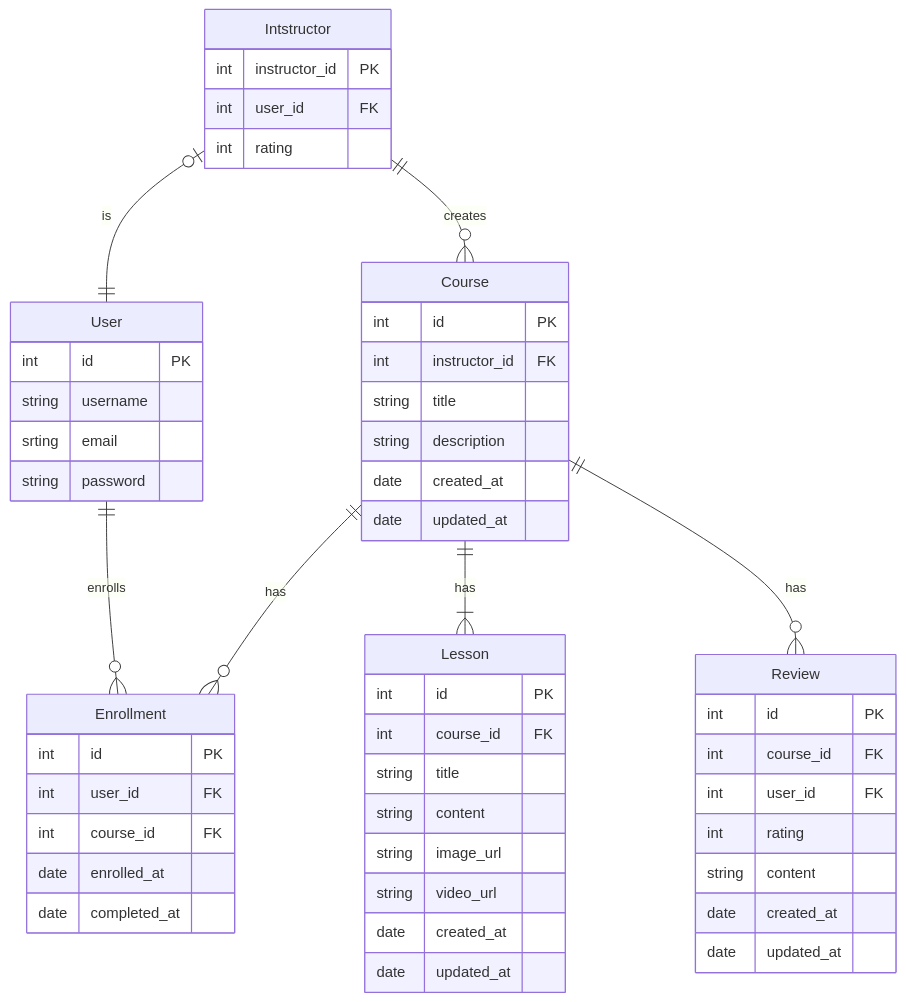
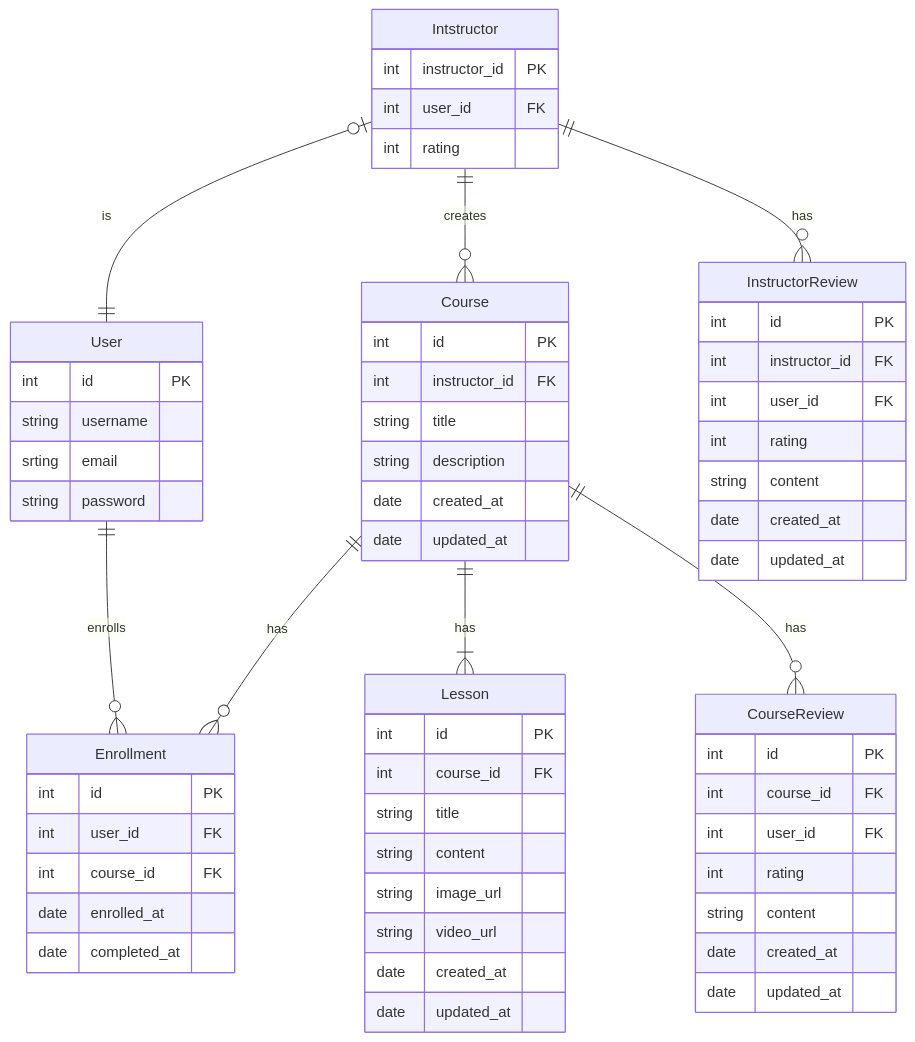
One commit to troy-tran-goldenowl/online-learning changed the diagram in README.md. Above: the diagram before and after it, drawn with Mermaid. The commit also changed other lines of this file, not shown here.

Commit message:
docs: update readme file

````diff
--- a/README.md
+++ b/README.md
@@ -27,54 +27,72 @@
 ```mermaid
   erDiagram
     User ||--o{ Enrollment: enrolls
     User {
         int id PK
         string username
         srting email
         string password
     }
+
+
     Intstructor ||--o{ Course: creates
     Intstructor |o--|| User: is
+    Intstructor ||--o{ InstructorReview : has
     Intstructor {
         int instructor_id PK
         int user_id FK
         int rating
     }
+
     Course ||--o{ Enrollment: has
     Course ||--|{ Lesson : has
-    Course ||--o{ Review : has
+    Course ||--o{ CourseReview : has
     Course {
         int id PK
         int instructor_id FK
         string title
         string description
         date created_at
         date updated_at
     }
+
+
     Enrollment {
         int id PK
         int user_id FK
         int course_id FK
         date enrolled_at
         date completed_at
     }
+
     Lesson {
         int id PK
         int course_id FK
         string title
         string content
         string image_url
         string video_url
         date created_at
         date updated_at
     }
-    Review {
+
+    CourseReview {
         int id PK
         int course_id FK
         int user_id FK
         int rating
         string content
         date created_at
         date updated_at
     }
+
+    InstructorReview {
+        int id PK
+        int instructor_id FK
+        int user_id FK
+        int rating
+        string content
+        date created_at
+        date updated_at
+    }
 ```
````
